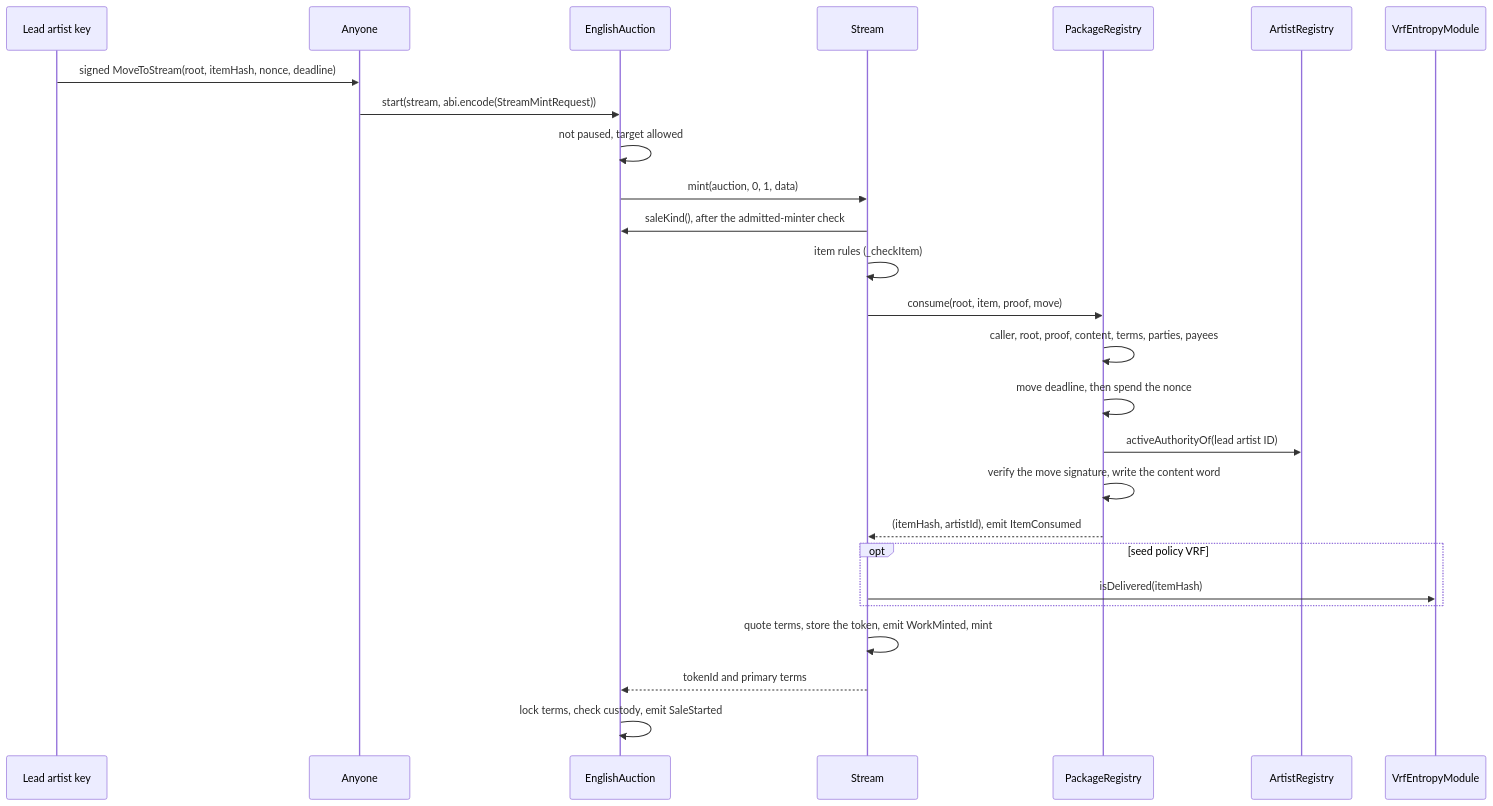
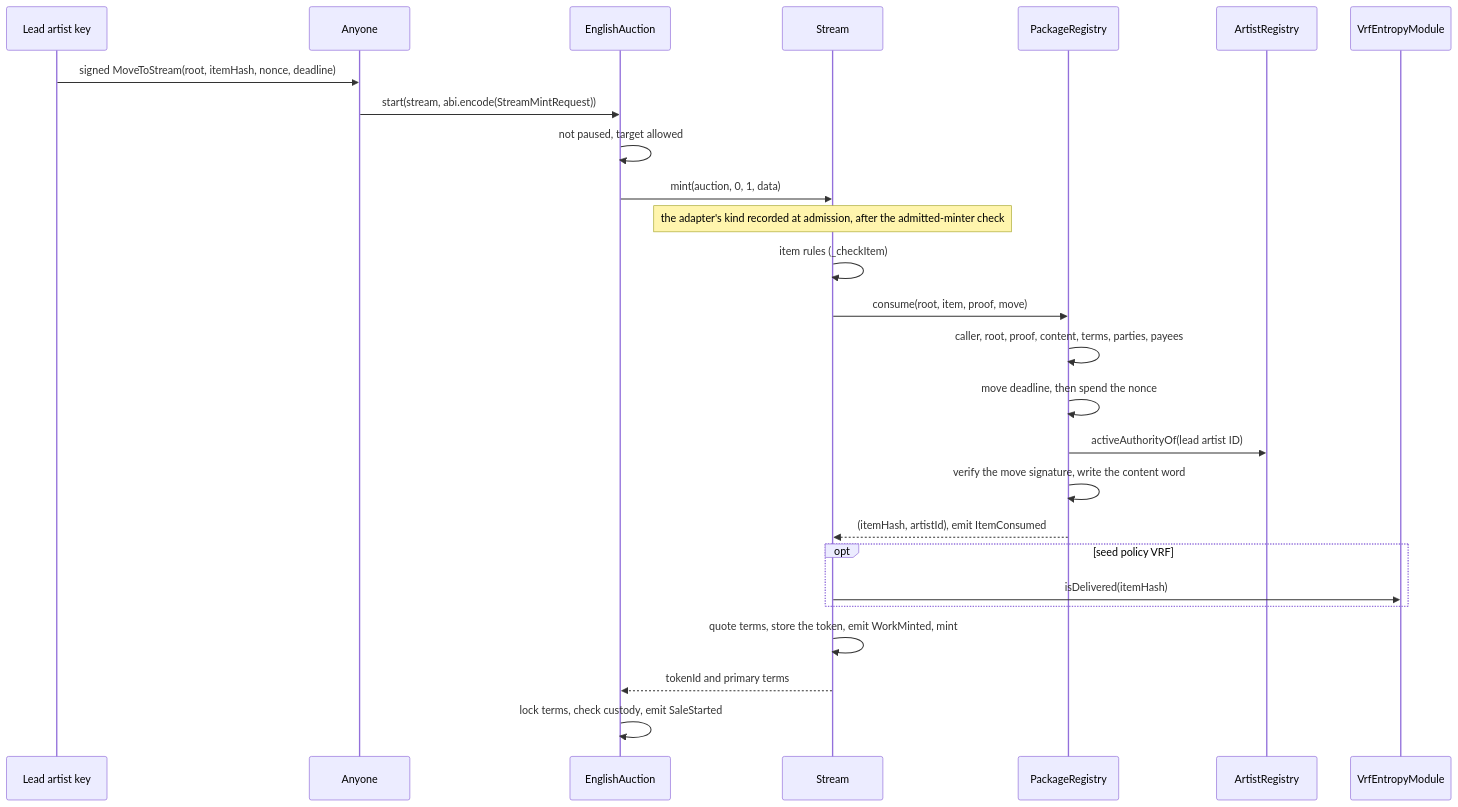
Before and after one commit to 6529-Collections/6529-works: the sixth of 8 diagrams in docs/spec/curation.md, drawn with Mermaid. The commit also changed 13 other files, not shown here.

````diff
--- a/docs/spec/curation.md
+++ b/docs/spec/curation.md
@@ -297,28 +297,28 @@
 ```mermaid
 sequenceDiagram
     participant Lead as Lead artist key
     participant Anyone as Anyone
     participant Auction as EnglishAuction
     participant Stream as Stream
     participant Registry as PackageRegistry
     participant Artists as ArtistRegistry
     participant Entropy as VrfEntropyModule
     Lead->>Anyone: signed MoveToStream(root, itemHash, nonce, deadline)
     Anyone->>Auction: start(stream, abi.encode(StreamMintRequest))
     Auction->>Auction: not paused, target allowed
     Auction->>Stream: mint(auction, 0, 1, data)
-    Stream->>Auction: saleKind(), after the admitted-minter check
+    Note over Stream: the adapter's kind recorded at admission, after the admitted-minter check
     Stream->>Stream: item rules (_checkItem)
     Stream->>Registry: consume(root, item, proof, move)
     Registry->>Registry: caller, root, proof, content, terms, parties, payees
     Registry->>Registry: move deadline, then spend the nonce
     Registry->>Artists: activeAuthorityOf(lead artist ID)
     Registry->>Registry: verify the move signature, write the content word
     Registry-->>Stream: (itemHash, artistId), emit ItemConsumed
     opt seed policy VRF
         Stream->>Entropy: isDelivered(itemHash)
     end
     Stream->>Stream: quote terms, store the token, emit WorkMinted, mint
     Stream-->>Auction: tokenId and primary terms
     Auction->>Auction: lock terms, check custody, emit SaleStarted
 ```
````
